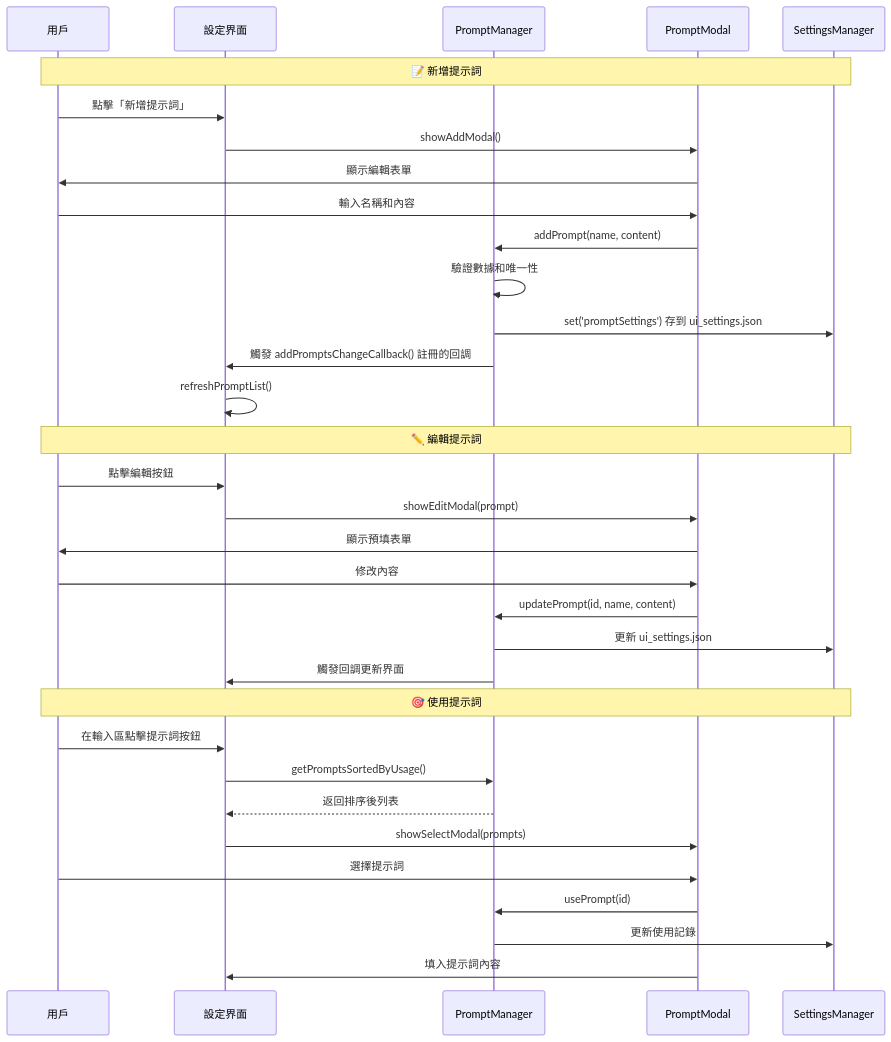
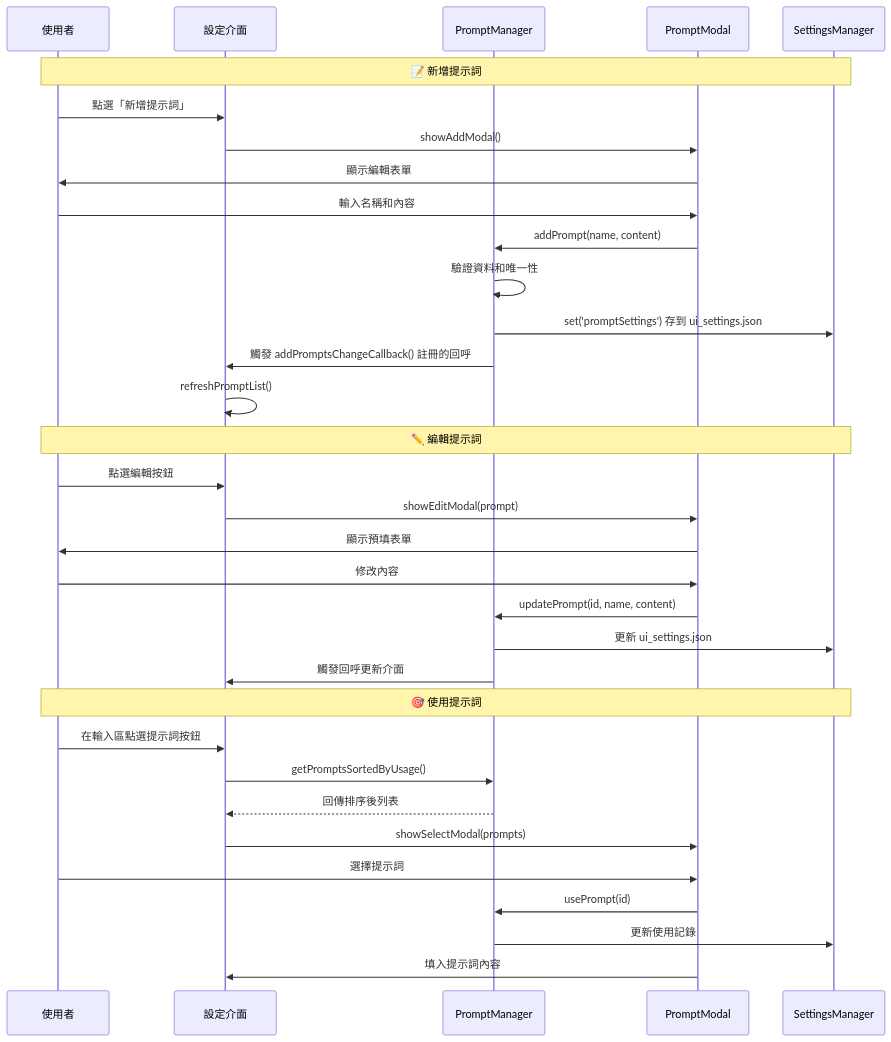
Before and after one commit to CloudEngineHub/mcp-feedback-enhanced: the seventh of 12 diagrams in docs/architecture/interaction-flows.md, drawn with Mermaid. The commit also changed other lines of this file, not shown here.

````diff
--- a/docs/architecture/interaction-flows.md
+++ b/docs/architecture/interaction-flows.md
@@ -331,38 +331,38 @@
 ```mermaid
 sequenceDiagram
-    participant User as 用戶
-    participant UI as 設定界面
+    participant User as 使用者
+    participant UI as 設定介面
     participant PM as PromptManager
     participant Modal as PromptModal
     participant Storage as SettingsManager
 
     Note over User,Storage: 📝 新增提示詞
-    User->>UI: 點擊「新增提示詞」
+    User->>UI: 點選「新增提示詞」
     UI->>Modal: showAddModal()
     Modal->>User: 顯示編輯表單
     User->>Modal: 輸入名稱和內容
     Modal->>PM: addPrompt(name, content)
-    PM->>PM: 驗證數據和唯一性
+    PM->>PM: 驗證資料和唯一性
     PM->>Storage: set('promptSettings') 存到 ui_settings.json
-    PM->>UI: 觸發 addPromptsChangeCallback() 註冊的回調
+    PM->>UI: 觸發 addPromptsChangeCallback() 註冊的回呼
     UI->>UI: refreshPromptList()
 
     Note over User,Storage: ✏️ 編輯提示詞
-    User->>UI: 點擊編輯按鈕
+    User->>UI: 點選編輯按鈕
     UI->>Modal: showEditModal(prompt)
     Modal->>User: 顯示預填表單
     User->>Modal: 修改內容
     Modal->>PM: updatePrompt(id, name, content)
     PM->>Storage: 更新 ui_settings.json
-    PM->>UI: 觸發回調更新界面
+    PM->>UI: 觸發回呼更新介面
 
     Note over User,Storage: 🎯 使用提示詞
-    User->>UI: 在輸入區點擊提示詞按鈕
+    User->>UI: 在輸入區點選提示詞按鈕
     UI->>PM: getPromptsSortedByUsage()
-    PM-->>UI: 返回排序後列表
+    PM-->>UI: 回傳排序後列表
     UI->>Modal: showSelectModal(prompts)
     User->>Modal: 選擇提示詞
     Modal->>PM: usePrompt(id)
     PM->>Storage: 更新使用記錄
     Modal->>UI: 填入提示詞內容
 ```
````
